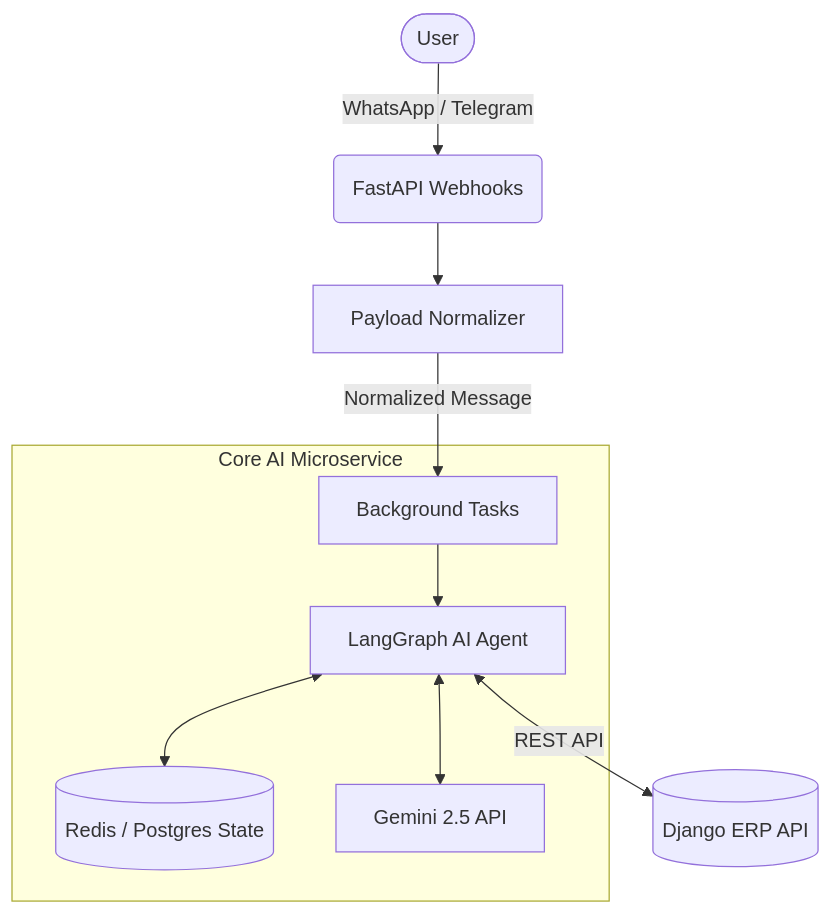
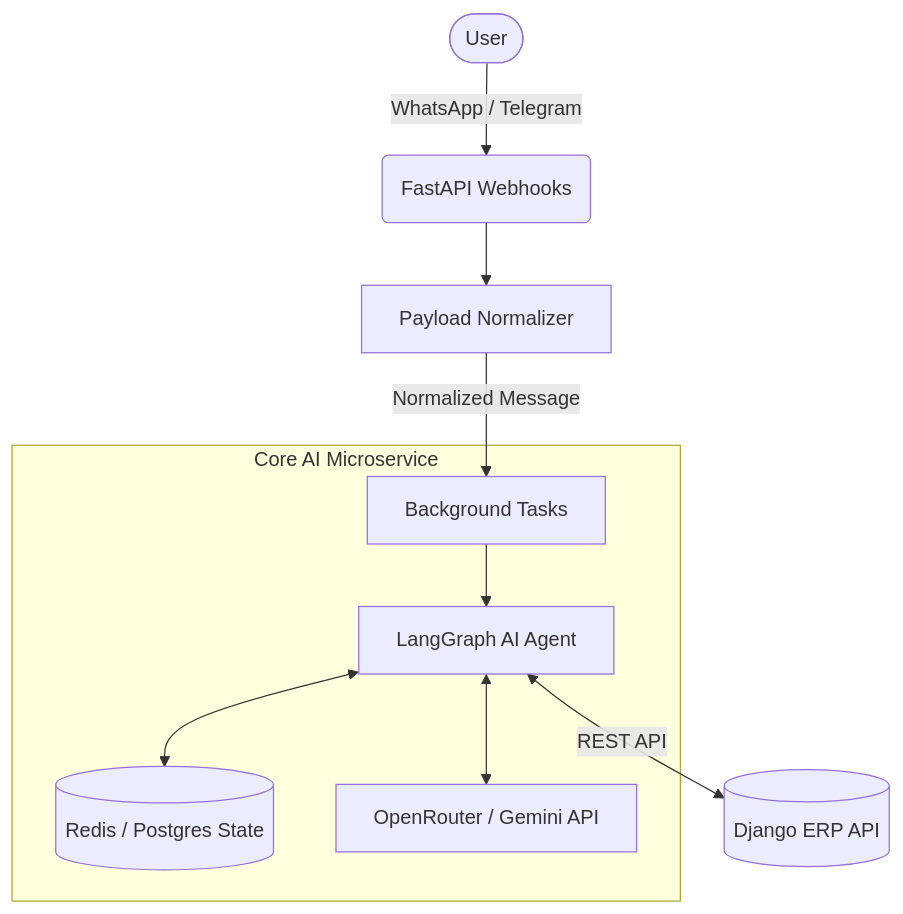
Before and after one commit to prog9fastprint/langraph-omnichannel-bot: the first of 2 diagrams in README.md, drawn with Mermaid. The commit also changed other lines of this file and 1 other file, not shown here.

Commit message:
feat: integrate OpenRouter as primary LLM, add run script, and update gitignore for CSV files

````diff
--- a/README.md
+++ b/README.md
@@ -29,14 +29,14 @@
 ```mermaid
 graph TD
     User([User]) -->|WhatsApp / Telegram| Webhooks(FastAPI Webhooks)
     Webhooks --> Normalizer[Payload Normalizer]
     Normalizer -->|Normalized Message| TaskQ[Background Tasks]
     
     subgraph Core AI Microservice
         TaskQ --> Agent[LangGraph AI Agent]
         Agent <--> StateDB[(Redis / Postgres State)]
-        Agent <--> LLM[Gemini 2.5 API]
+        Agent <--> LLM[OpenRouter / Gemini API]
     end
     
     Agent <-->|REST API| ERP[(Django ERP API)]
 ```
````
